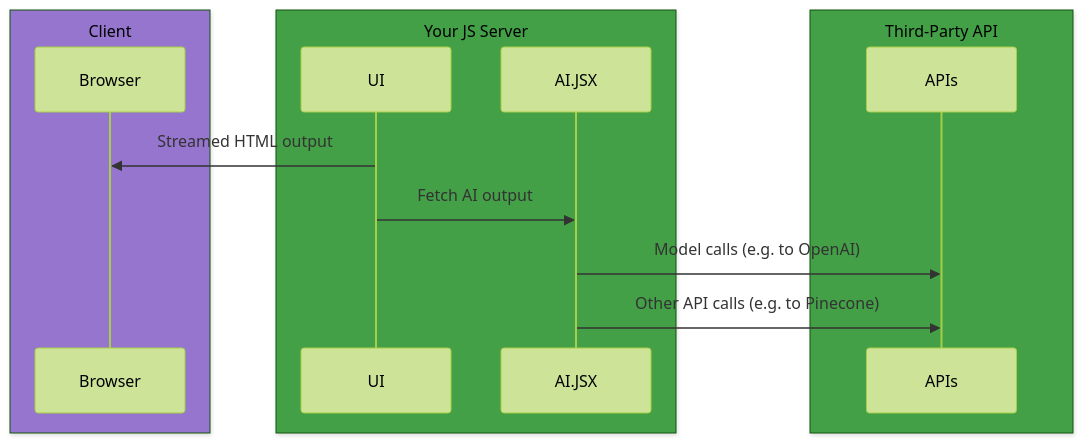
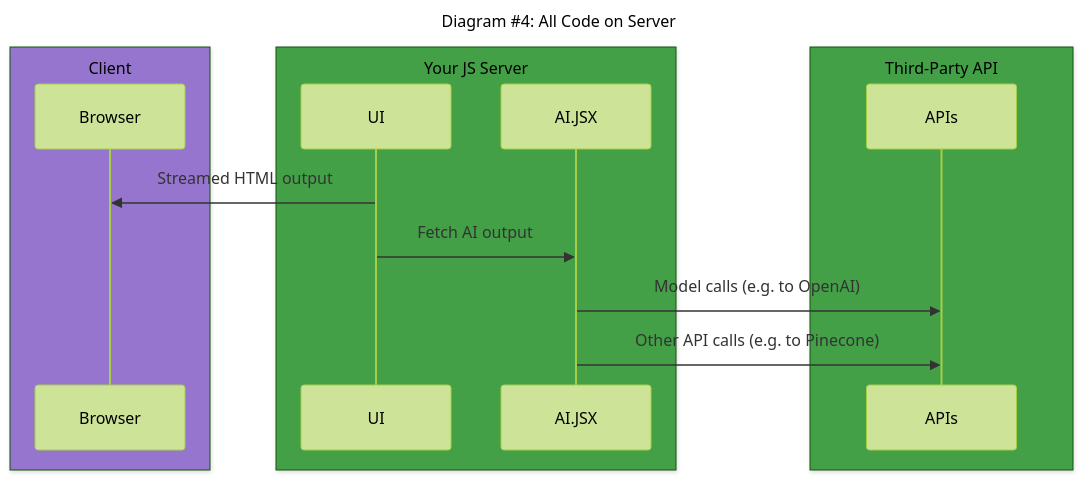
Before and after one commit to fixie-ai/ai-jsx: the fourth of 5 diagrams in packages/docs/docs/guides/architecture.mdx, drawn with Mermaid (forest theme). The commit also changed other lines of this file, not shown here.

First line of the commit message:
Revamping architecture guide

````diff
--- a/packages/docs/docs/guides/architecture.mdx
+++ b/packages/docs/docs/guides/architecture.mdx
@@ -203,17 +211,18 @@
 ```mermaid
 sequenceDiagram
+    title Diagram #35;4: All Code on Server
     box rgb(149, 117, 205) Client
     participant Browser
     end
     box rgb(67, 160, 71) Your JS Server
     participant UI
     participant AI.JSX
     end
     UI->>Browser: Streamed HTML output
     UI->>AI.JSX: Fetch AI output
     AI.JSX->>APIs: Model calls (e.g. to OpenAI)
     AI.JSX->>APIs: Other API calls (e.g. to Pinecone)
     box rgb(67, 160, 71) Third-Party API
     participant APIs
     end
 ```
````
